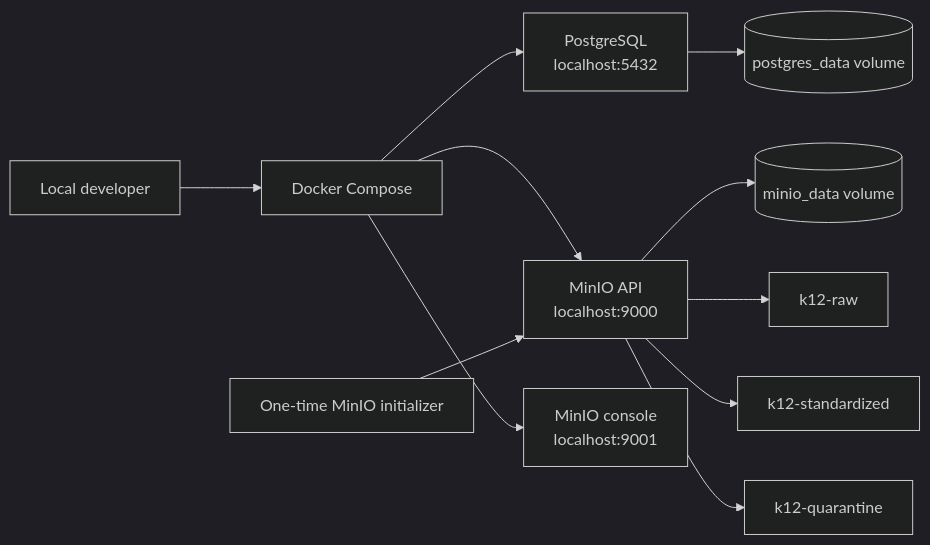
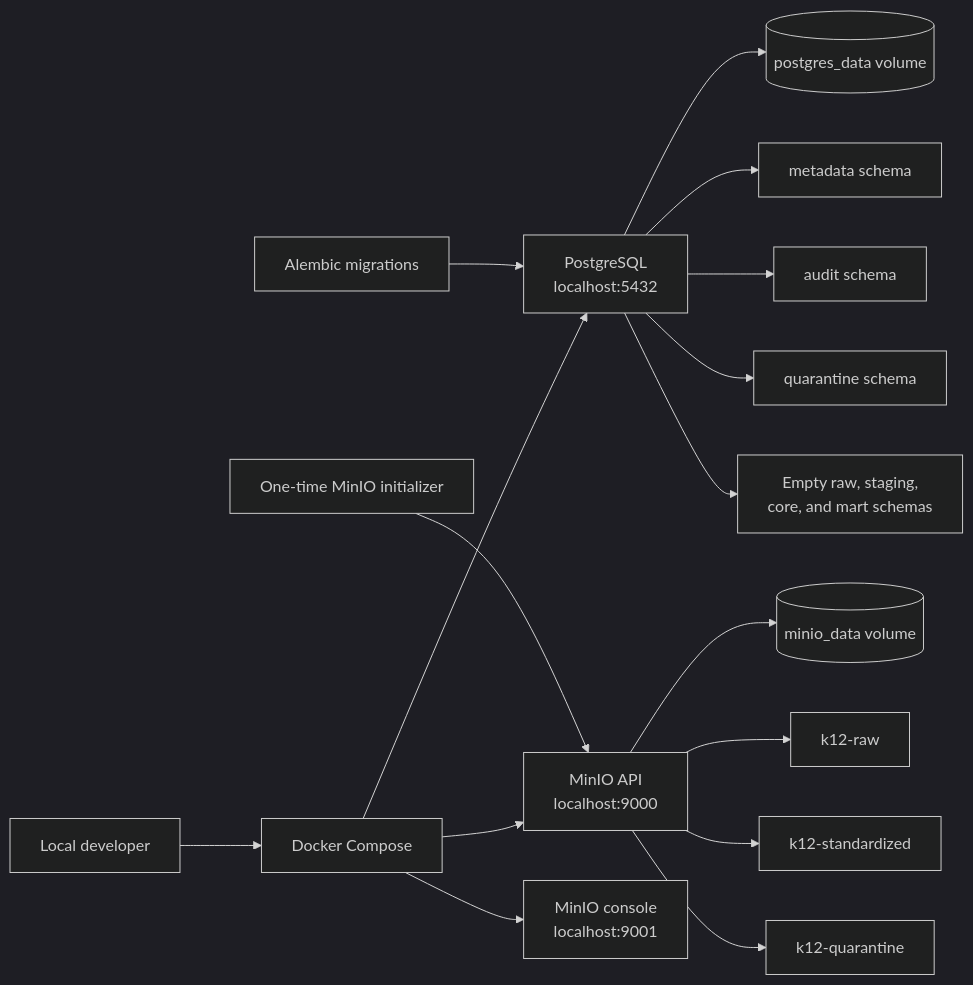
Before and after one commit to amitgupta0220/K12_hub: the diagram in docs/architecture.md, drawn with Mermaid (dark theme). The commit also changed other lines of this file and 12 other files, not shown here.

````diff
--- a/docs/architecture.md
+++ b/docs/architecture.md
@@ -7,13 +7,18 @@
 ```mermaid
 flowchart LR
     developer["Local developer"] --> compose["Docker Compose"]
     compose --> postgres["PostgreSQL<br/>localhost:5432"]
     compose --> minio["MinIO API<br/>localhost:9000"]
     compose --> console["MinIO console<br/>localhost:9001"]
     postgres --> postgres_volume[("postgres_data volume")]
+    alembic["Alembic migrations"] --> postgres
+    postgres --> metadata["metadata schema"]
+    postgres --> audit["audit schema"]
+    postgres --> rejected["quarantine schema"]
+    postgres --> analytical["Empty raw, staging,<br/>core, and mart schemas"]
     minio --> minio_volume[("minio_data volume")]
     initializer["One-time MinIO initializer"] --> minio
     minio --> raw["k12-raw"]
     minio --> standardized["k12-standardized"]
     minio --> quarantine["k12-quarantine"]
 ```
````
